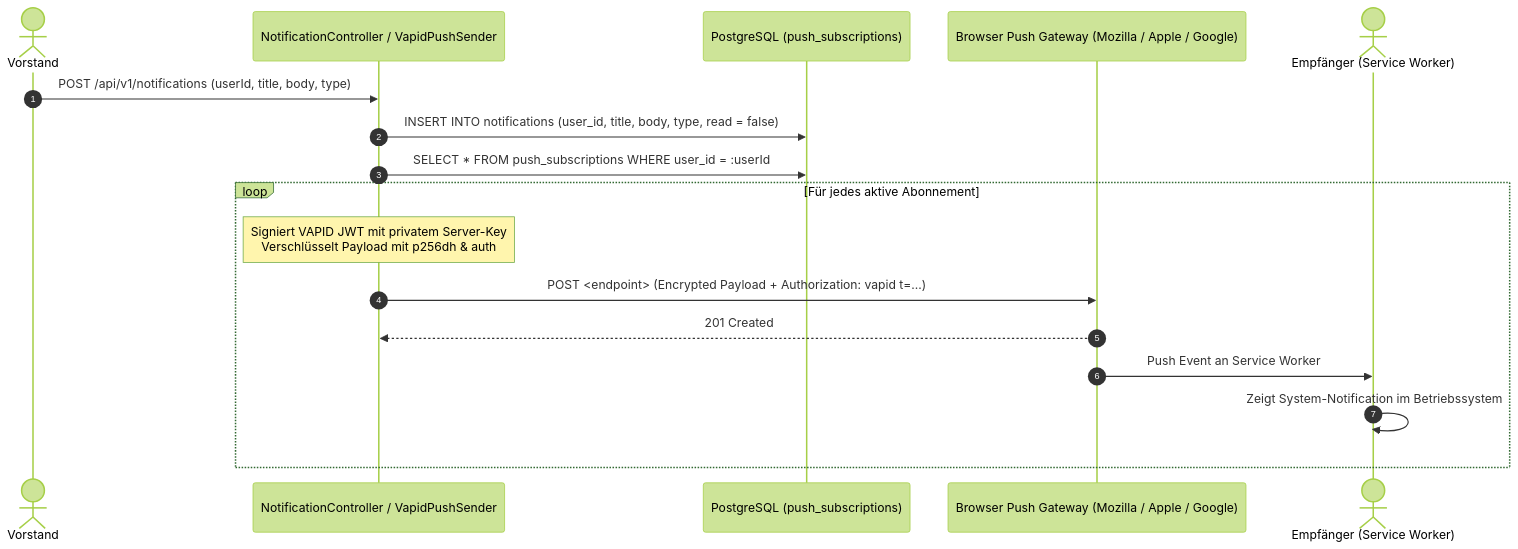
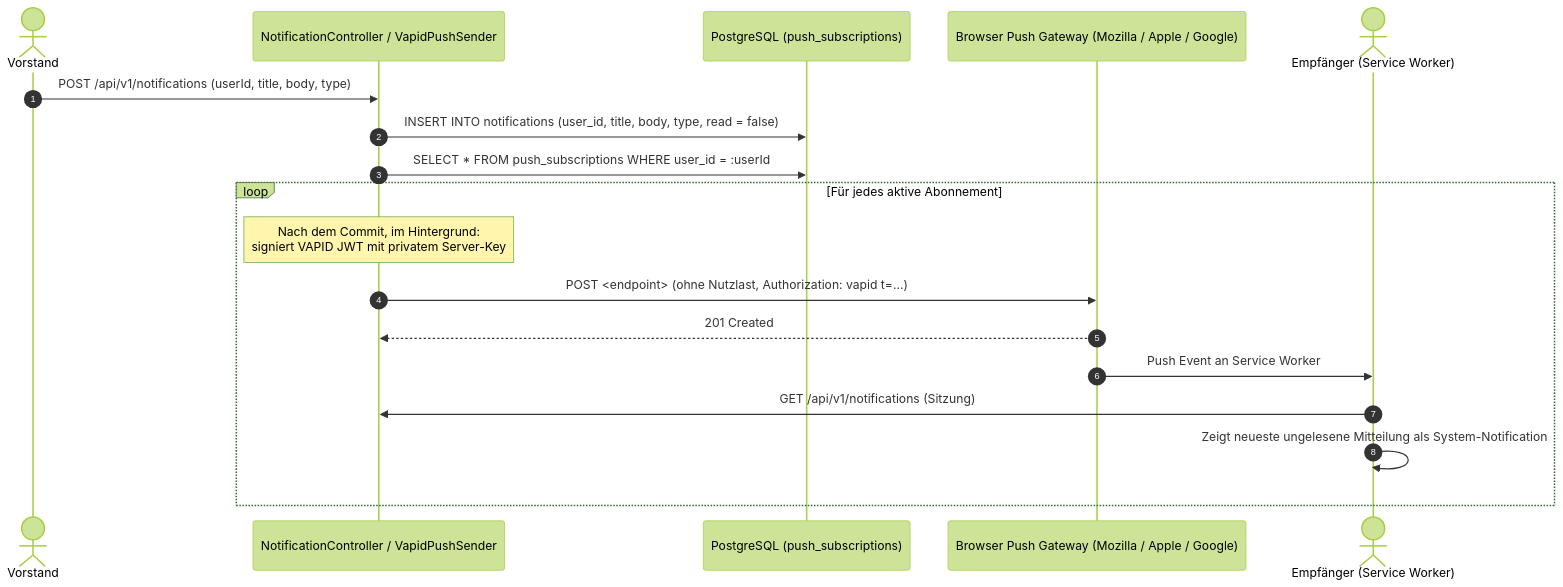
The diagram in docs/domains/chat-and-push-notifications.md (damaurer/vereint), drawn with Mermaid (forest theme) before and after one commit. The commit also changed other lines of this file and 30 other files, not shown here.

First line of the commit message:
PWA vervollständigen: Service Worker, Offline-Seite, Installation und Web Push

````diff
--- a/docs/domains/chat-and-push-notifications.md
+++ b/docs/domains/chat-and-push-notifications.md
@@ -111,20 +112,21 @@
 ```mermaid
 sequenceDiagram
     autonumber
     actor Board as Vorstand
     participant Spring as NotificationController / VapidPushSender
     participant DB as PostgreSQL (push_subscriptions)
     participant PushService as Browser Push Gateway (Mozilla / Apple / Google)
     actor Member as Empfänger (Service Worker)
 
     Board->>Spring: POST /api/v1/notifications (userId, title, body, type)
     Spring->>DB: INSERT INTO notifications (user_id, title, body, type, read = false)
     Spring->>DB: SELECT * FROM push_subscriptions WHERE user_id = :userId
     loop Für jedes aktive Abonnement
-        Note over Spring: Signiert VAPID JWT mit privatem Server-Key<br/>Verschlüsselt Payload mit p256dh & auth
-        Spring->>PushService: POST <endpoint> (Encrypted Payload + Authorization: vapid t=...)
+        Note over Spring: Nach dem Commit, im Hintergrund:<br/>signiert VAPID JWT mit privatem Server-Key
+        Spring->>PushService: POST <endpoint> (ohne Nutzlast, Authorization: vapid t=...)
         PushService-->>Spring: 201 Created
         PushService->>Member: Push Event an Service Worker
-        Member->>Member: Zeigt System-Notification im Betriebssystem
+        Member->>Spring: GET /api/v1/notifications (Sitzung)
+        Member->>Member: Zeigt neueste ungelesene Mitteilung als System-Notification
     end
 ```
````
